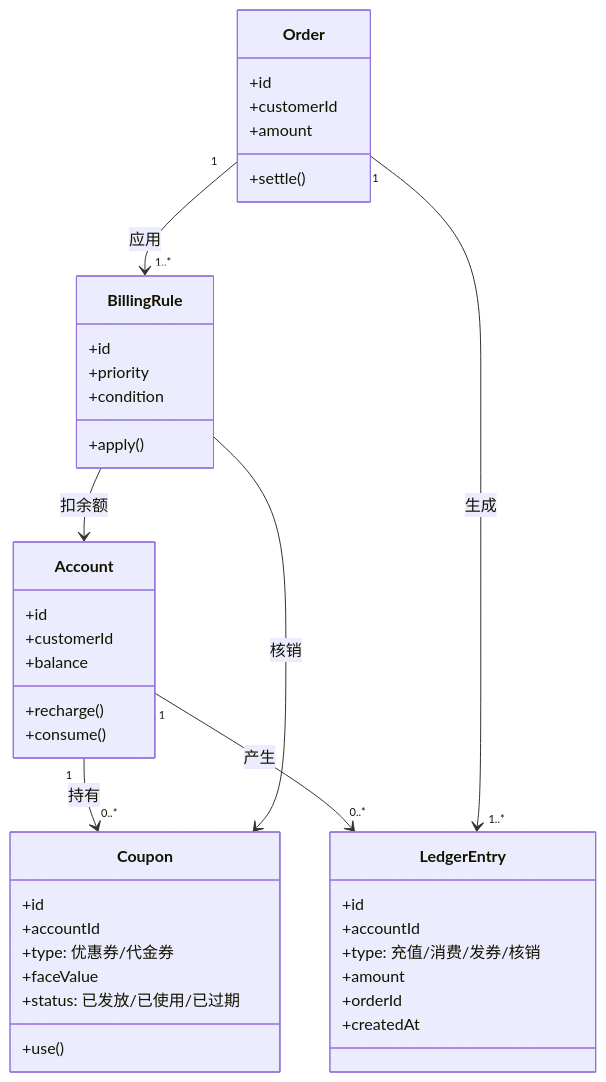
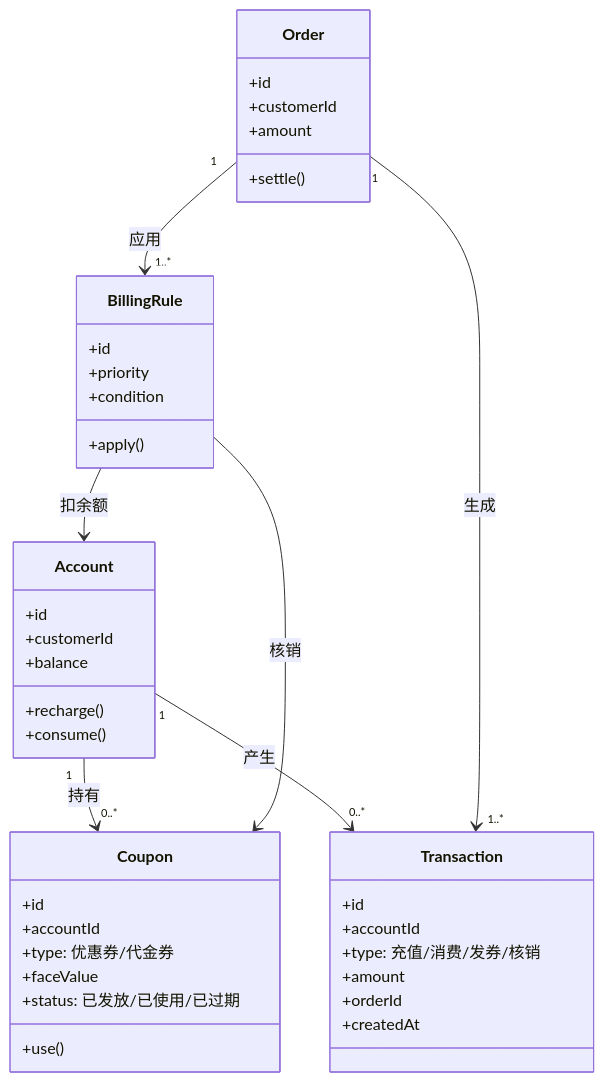
One commit to quanttide/quanttide-insight-of-payment-engineering changed the first of 2 diagrams in model.md. Above: the diagram before and after it, drawn with Mermaid. The commit also changed other lines of this file and 1 other file, not shown here.

Commit message:
模型概念 Ledger Entry 改名为 Transaction

````diff
--- a/model.md
+++ b/model.md
@@ -41,45 +41,45 @@
 ```mermaid
 classDiagram
     class Account {
         +id
         +customerId
         +balance
         +recharge()
         +consume()
     }
-    class LedgerEntry {
+    class Transaction {
         +id
         +accountId
         +type: 充值/消费/发券/核销
         +amount
         +orderId
         +createdAt
     }
     class Coupon {
         +id
         +accountId
         +type: 优惠券/代金券
         +faceValue
         +status: 已发放/已使用/已过期
         +use()
     }
     class BillingRule {
         +id
         +priority
         +condition
         +apply()
     }
     class Order {
         +id
         +customerId
         +amount
         +settle()
     }
 
-    Account "1" --> "0..*" LedgerEntry : 产生
+    Account "1" --> "0..*" Transaction : 产生
     Account "1" --> "0..*" Coupon : 持有
     Order "1" --> "1..*" BillingRule : 应用
     BillingRule --> Coupon : 核销
     BillingRule --> Account : 扣余额
-    Order "1" --> "1..*" LedgerEntry : 生成
+    Order "1" --> "1..*" Transaction : 生成
 ```
````
